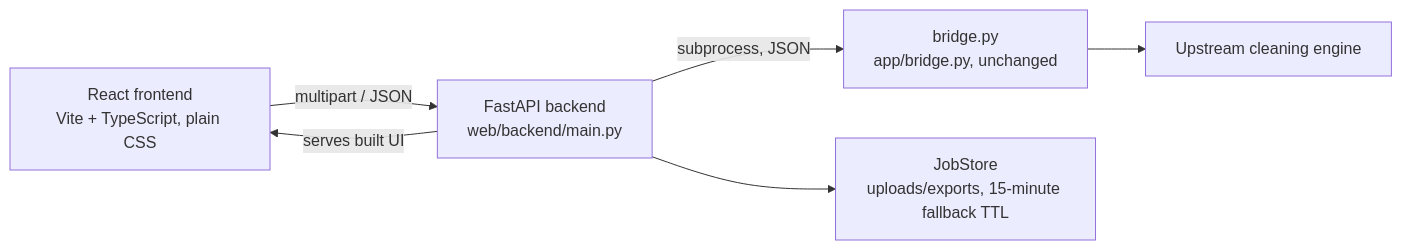
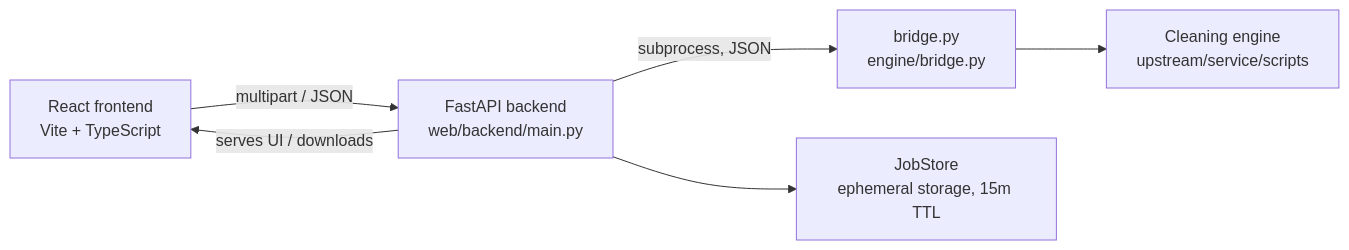
Before and after one commit to touhidulemroz/sansmeta: the diagram in ARCHITECTURE.md, drawn with Mermaid. The commit also changed other lines of this file and 12 other files, not shown here.

Commit message:
refactor: relocate bridge to engine/ and move native macOS app to private repo (#11)

````diff
--- a/ARCHITECTURE.md
+++ b/ARCHITECTURE.md
@@ -90,8 +7,8 @@
 ```mermaid
 flowchart LR
-    UI[React frontend<br/>Vite + TypeScript, plain CSS] -->|multipart / JSON| API[FastAPI backend<br/>web/backend/main.py]
-    API -->|subprocess, JSON| PROC[bridge.py<br/>app/bridge.py, unchanged]
-    PROC --> ENGINE[Upstream cleaning engine]
-    API --> STORE[JobStore<br/>uploads/exports, 15-minute fallback TTL]
-    API -->|serves built UI| UI
+    UI[React frontend<br/>Vite + TypeScript] -->|multipart / JSON| API[FastAPI backend<br/>web/backend/main.py]
+    API -->|subprocess, JSON| PROC[bridge.py<br/>engine/bridge.py]
+    PROC --> ENGINE[Cleaning engine<br/>upstream/service/scripts]
+    API --> STORE[JobStore<br/>ephemeral storage, 15m TTL]
+    API -->|serves UI / downloads| UI
 ```
````
